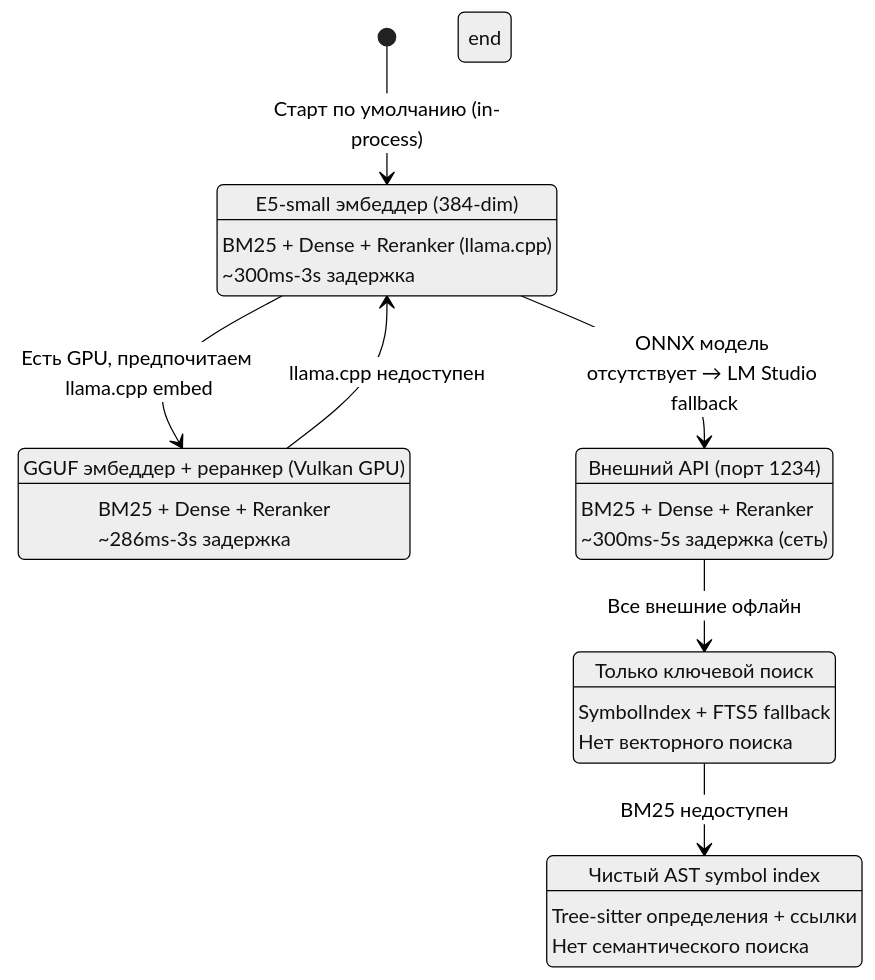
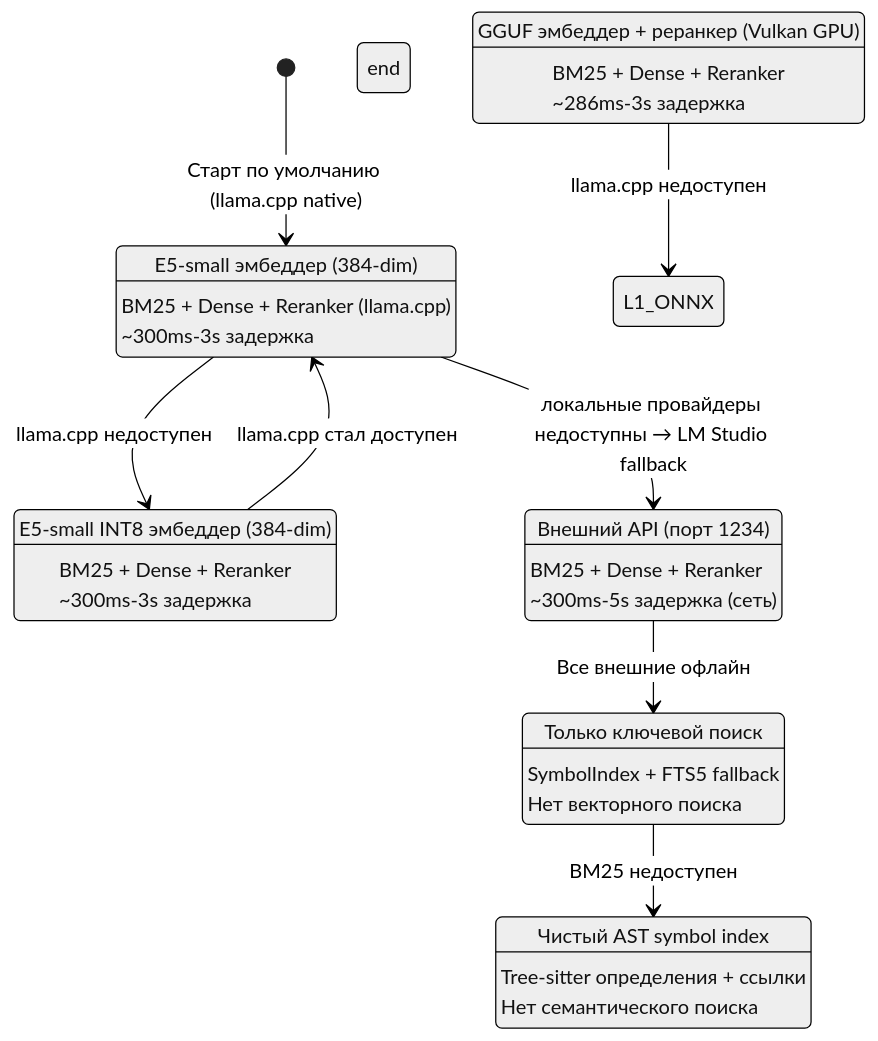
One commit to ManSio/mscodebase-intelligence changed the first of 4 diagrams in docs/ru/GRACEFUL_DEGRADATION.md. Above: the diagram before and after it, drawn with Mermaid (neutral theme). The commit also changed other lines of this file and 24 other files, not shown here.

First line of the commit message:
docs: mirror pass-2 fixes to ru/zh + INSTALL_MODELS/SECURITY/HANDFOFF/QUIRKS (embedder llama.cpp, data_root paths)

````diff
--- a/docs/ru/GRACEFUL_DEGRADATION.md
+++ b/docs/ru/GRACEFUL_DEGRADATION.md
@@ -17,43 +18,51 @@
 ```mermaid
 stateDiagram-v2
-    [*] --> L1_ONNX: Старт по умолчанию (in-process)
+    [*] --> L1_GGUF: Старт по умолчанию (llama.cpp native)
 
-    state L1_ONNX[Уровень 1: ONNX/OpenVINO INT8 (in-process)]
-        L1_ONNX: E5-small эмбеддер (384-dim)
-        L1_ONNX: BM25 + Dense + Reranker (llama.cpp)
-        L1_ONNX: ~300ms-3s задержка
+    state L1_GGUF[Уровень 1: llama.cpp GGUF (native)]
+        L1_GGUF: E5-small эмбеддер (384-dim)
+        L1_GGUF: BM25 + Dense + Reranker (llama.cpp)
+        L1_GGUF: ~300ms-3s задержка
     end
 
-    L1_ONNX --> L2_GGUF: Есть GPU, предпочитаем llama.cpp embed
-    L1_ONNX --> L3_LM: ONNX модель отсутствует → LM Studio fallback
+    L1_GGUF --> L2_ONNX: llama.cpp недоступен
+    L1_GGUF --> L3_LM: локальные провайдеры недоступны → LM Studio fallback
+
+    state L2_ONNX[Уровень 2: ONNX/OpenVINO INT8 (in-process fallback)]
+        L2_ONNX: E5-small INT8 эмбеддер (384-dim)
+        L2_ONNX: BM25 + Dense + Reranker
+        L2_ONNX: ~300ms-3s задержка
+    end
+
+    L2_ONNX --> L1_GGUF: llama.cpp стал доступен
 
     state L2_GGUF[Уровень 2: llama.cpp GGUF (GPU)]
         L2_GGUF: GGUF эмбеддер + реранкер (Vulkan GPU)
         L2_GGUF: BM25 + Dense + Reranker
         L2_GGUF: ~286ms-3s задержка
     end
 
     L2_GGUF --> L1_ONNX: llama.cpp недоступен
 
     state L3_LM[Уровень 3: LM Studio (remote, опц.)]
         L3_LM: Внешний API (порт 1234)
         L3_LM: BM25 + Dense + Reranker
         L3_LM: ~300ms-5s задержка (сеть)
     end
 
     L3_LM --> L4_BM25: Все внешние офлайн
 
     state L4_BM25[Уровень 4: Только BM25]
         L4_BM25: Только ключевой поиск
         L4_BM25: SymbolIndex + FTS5 fallback
         L4_BM25: Нет векторного поиска
     end
 
     L4_BM25 --> L5_SYMBOL: BM25 недоступен
 
     state L5_SYMBOL[Уровень 5: Только SymbolIndex]
         L5_SYMBOL: Чистый AST symbol index
         L5_SYMBOL: Tree-sitter определения + ссылки
         L5_SYMBOL: Нет семантического поиска
     end
 ```
````
